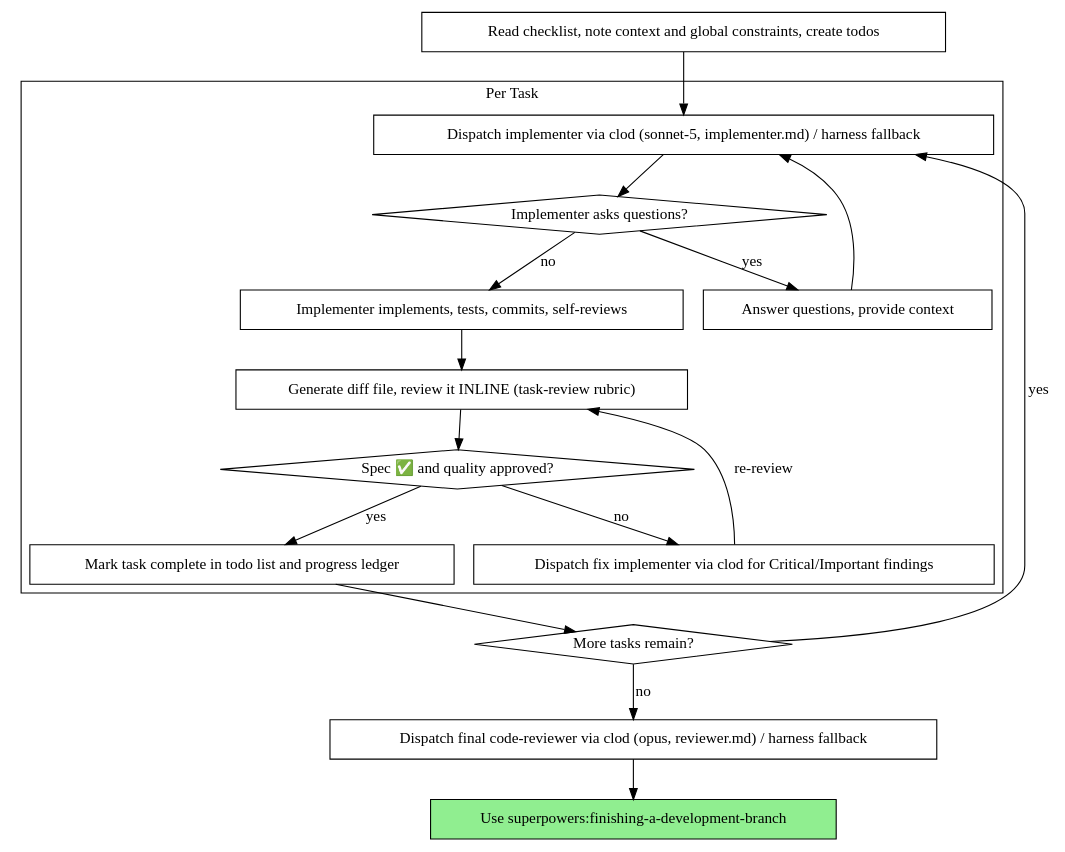
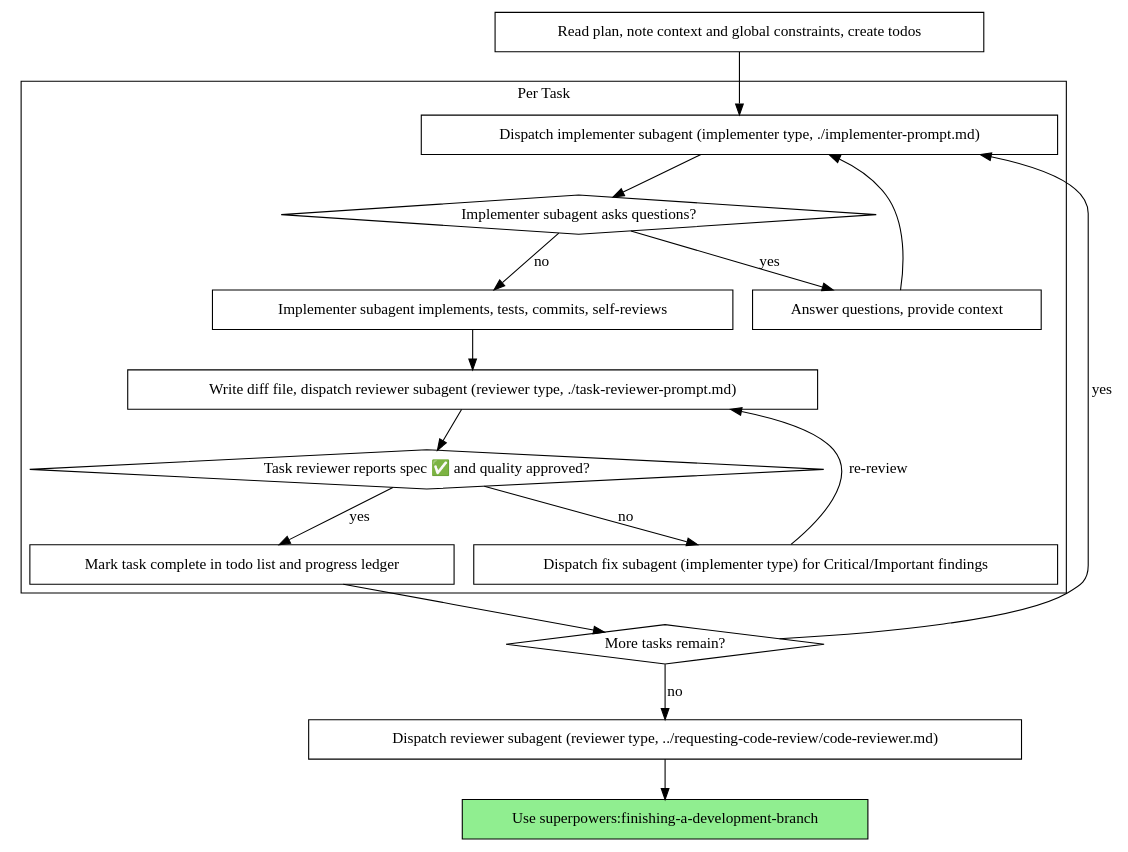
The second of 2 diagrams in skills/subagent-driven-development/SKILL.md (geofffranks/superpowers), drawn with Graphviz before and after one commit. The commit also changed other lines of this file and 8 other files, not shown here.

First line of the commit message:
Revert "feat(skills): route implementer/researcher/code-reviewer to clod-subagent; lightweight-only flow"

````diff
--- a/skills/subagent-driven-development/SKILL.md
+++ b/skills/subagent-driven-development/SKILL.md
@@ -51,37 +49,37 @@
 ```dot
 digraph process {
     rankdir=TB;
 
     subgraph cluster_per_task {
         label="Per Task";
-        "Dispatch implementer via clod (sonnet-5, implementer.md) / harness fallback" [shape=box];
-        "Implementer asks questions?" [shape=diamond];
+        "Dispatch implementer subagent (implementer type, ./implementer-prompt.md)" [shape=box];
+        "Implementer subagent asks questions?" [shape=diamond];
         "Answer questions, provide context" [shape=box];
-        "Implementer implements, tests, commits, self-reviews" [shape=box];
-        "Generate diff file, review it INLINE (task-review rubric)" [shape=box];
-        "Spec ✅ and quality approved?" [shape=diamond];
-        "Dispatch fix implementer via clod for Critical/Important findings" [shape=box];
+        "Implementer subagent implements, tests, commits, self-reviews" [shape=box];
+        "Write diff file, dispatch reviewer subagent (reviewer type, ./task-reviewer-prompt.md)" [shape=box];
+        "Task reviewer reports spec ✅ and quality approved?" [shape=diamond];
+        "Dispatch fix subagent (implementer type) for Critical/Important findings" [shape=box];
         "Mark task complete in todo list and progress ledger" [shape=box];
     }
 
-    "Read checklist, note context and global constraints, create todos" [shape=box];
+    "Read plan, note context and global constraints, create todos" [shape=box];
     "More tasks remain?" [shape=diamond];
-    "Dispatch final code-reviewer via clod (opus, reviewer.md) / harness fallback" [shape=box];
+    "Dispatch reviewer subagent (reviewer type, ../requesting-code-review/code-reviewer.md)" [shape=box];
     "Use superpowers:finishing-a-development-branch" [shape=box style=filled fillcolor=lightgreen];
 
-    "Read checklist, note context and global constraints, create todos" -> "Dispatch implementer via clod (sonnet-5, implementer.md) / harness fallback";
-    "Dispatch implementer via clod (sonnet-5, implementer.md) / harness fallback" -> "Implementer asks questions?";
-    "Implementer asks questions?" -> "Answer questions, provide context" [label="yes"];
-    "Answer questions, provide context" -> "Dispatch implementer via clod (sonnet-5, implementer.md) / harness fallback";
-    "Implementer asks questions?" -> "Implementer implements, tests, commits, self-reviews" [label="no"];
-    "Implementer implements, tests, commits, self-reviews" -> "Generate diff file, review it INLINE (task-review rubric)";
-    "Generate diff file, review it INLINE (task-review rubric)" -> "Spec ✅ and quality approved?";
-    "Spec ✅ and quality approved?" -> "Dispatch fix implementer via clod for Critical/Important findings" [label="no"];
-    "Dispatch fix implementer via clod for Critical/Important findings" -> "Generate diff file, review it INLINE (task-review rubric)" [label="re-review"];
-    "Spec ✅ and quality approved?" -> "Mark task complete in todo list and progress ledger" [label="yes"];
+    "Read plan, note context and global constraints, create todos" -> "Dispatch implementer subagent (implementer type, ./implementer-prompt.md)";
+    "Dispatch implementer subagent (implementer type, ./implementer-prompt.md)" -> "Implementer subagent asks questions?";
+    "Implementer subagent asks questions?" -> "Answer questions, provide context" [label="yes"];
+    "Answer questions, provide context" -> "Dispatch implementer subagent (implementer type, ./implementer-prompt.md)";
+    "Implementer subagent asks questions?" -> "Implementer subagent implements, tests, commits, self-reviews" [label="no"];
+    "Implementer subagent implements, tests, commits, self-reviews" -> "Write diff file, dispatch reviewer subagent (reviewer type, ./task-reviewer-prompt.md)";
+    "Write diff file, dispatch reviewer subagent (reviewer type, ./task-reviewer-prompt.md)" -> "Task reviewer reports spec ✅ and quality approved?";
+    "Task reviewer reports spec ✅ and quality approved?" -> "Dispatch fix subagent (implementer type) for Critical/Important findings" [label="no"];
+    "Dispatch fix subagent (implementer type) for Critical/Important findings" -> "Write diff file, dispatch reviewer subagent (reviewer type, ./task-reviewer-prompt.md)" [label="re-review"];
+    "Task reviewer reports spec ✅ and quality approved?" -> "Mark task complete in todo list and progress ledger" [label="yes"];
     "Mark task complete in todo list and progress ledger" -> "More tasks remain?";
-    "More tasks remain?" -> "Dispatch implementer via clod (sonnet-5, implementer.md) / harness fallback" [label="yes"];
-    "More tasks remain?" -> "Dispatch final code-reviewer via clod (opus, reviewer.md) / harness fallback" [label="no"];
-    "Dispatch final code-reviewer via clod (opus, reviewer.md) / harness fallback" -> "Use superpowers:finishing-a-development-branch";
+    "More tasks remain?" -> "Dispatch implementer subagent (implementer type, ./implementer-prompt.md)" [label="yes"];
+    "More tasks remain?" -> "Dispatch reviewer subagent (reviewer type, ../requesting-code-review/code-reviewer.md)" [label="no"];
+    "Dispatch reviewer subagent (reviewer type, ../requesting-code-review/code-reviewer.md)" -> "Use superpowers:finishing-a-development-branch";
 }
 ```
````
